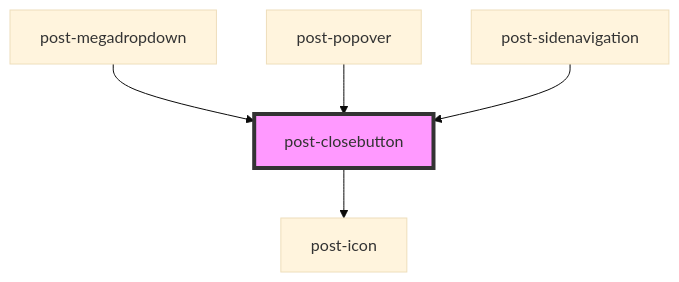
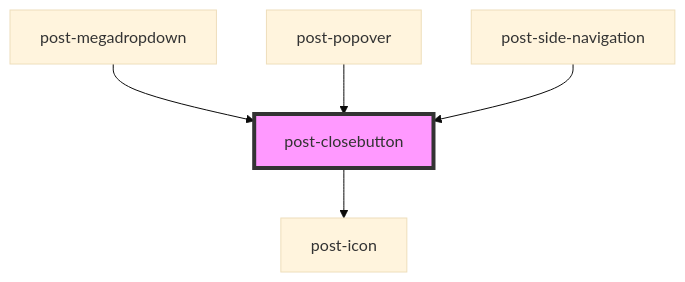
The diagram in packages/components/src/components/post-closebutton/readme.md (swisspost/design-system), drawn with Mermaid (base theme) before and after one commit. The commit also changed other lines of this file and 1 other file, not shown here.

Commit message:
autogenerated files

````diff
--- a/packages/components/src/components/post-closebutton/readme.md
+++ b/packages/components/src/components/post-closebutton/readme.md
@@ -35,8 +35,8 @@
 ```mermaid
 graph TD;
   post-closebutton --> post-icon
   post-megadropdown --> post-closebutton
   post-popover --> post-closebutton
-  post-sidenavigation --> post-closebutton
+  post-side-navigation --> post-closebutton
   style post-closebutton fill:#f9f,stroke:#333,stroke-width:4px
 ```
````
